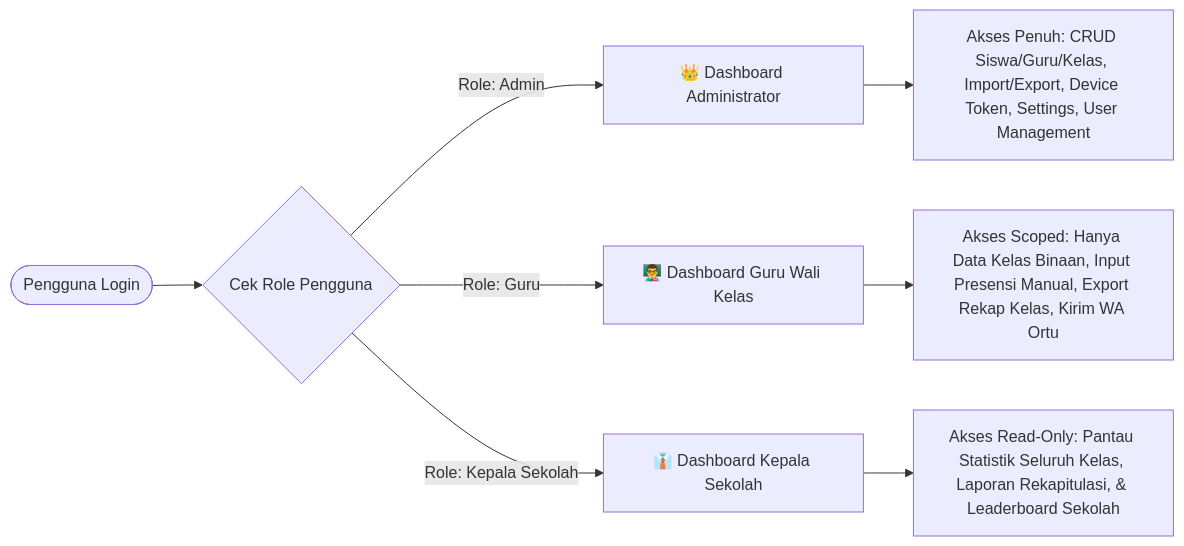
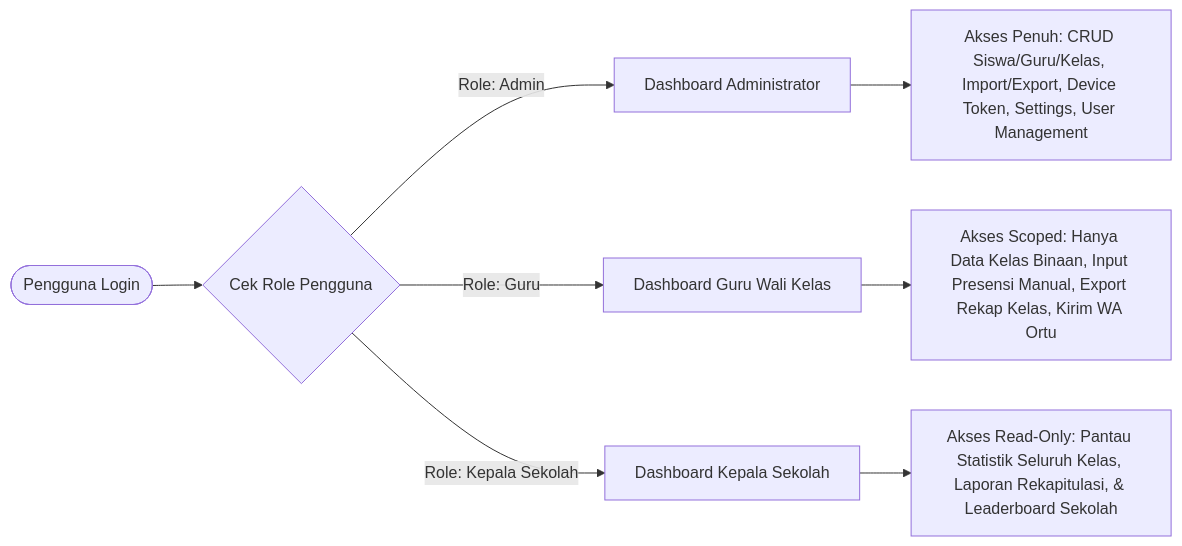
Before and after one commit to rteitch/presensi-rfid: the third of 3 diagrams in README.md, drawn with Mermaid. The commit also changed other lines of this file, not shown here.

````diff
--- a/README.md
+++ b/README.md
@@ -129,12 +129,12 @@
 ```mermaid
 flowchart LR
     User(["Pengguna Login"]) --> RoleCheck{"Cek Role Pengguna"}
     
-    RoleCheck -->|Role: Admin| AdminView["👑 Dashboard Administrator"]
-    RoleCheck -->|Role: Guru| GuruView["👨‍🏫 Dashboard Guru Wali Kelas"]
-    RoleCheck -->|Role: Kepala Sekolah| KepsekView["👔 Dashboard Kepala Sekolah"]
+    RoleCheck -->|Role: Admin| AdminView["Dashboard Administrator"]
+    RoleCheck -->|Role: Guru| GuruView["Dashboard Guru Wali Kelas"]
+    RoleCheck -->|Role: Kepala Sekolah| KepsekView["Dashboard Kepala Sekolah"]
     
     AdminView --> A_Func["Akses Penuh: CRUD Siswa/Guru/Kelas, Import/Export, Device Token, Settings, User Management"]
     GuruView --> G_Func["Akses Scoped: Hanya Data Kelas Binaan, Input Presensi Manual, Export Rekap Kelas, Kirim WA Ortu"]
     KepsekView --> K_Func["Akses Read-Only: Pantau Statistik Seluruh Kelas, Laporan Rekapitulasi, & Leaderboard Sekolah"]
 ```
````
